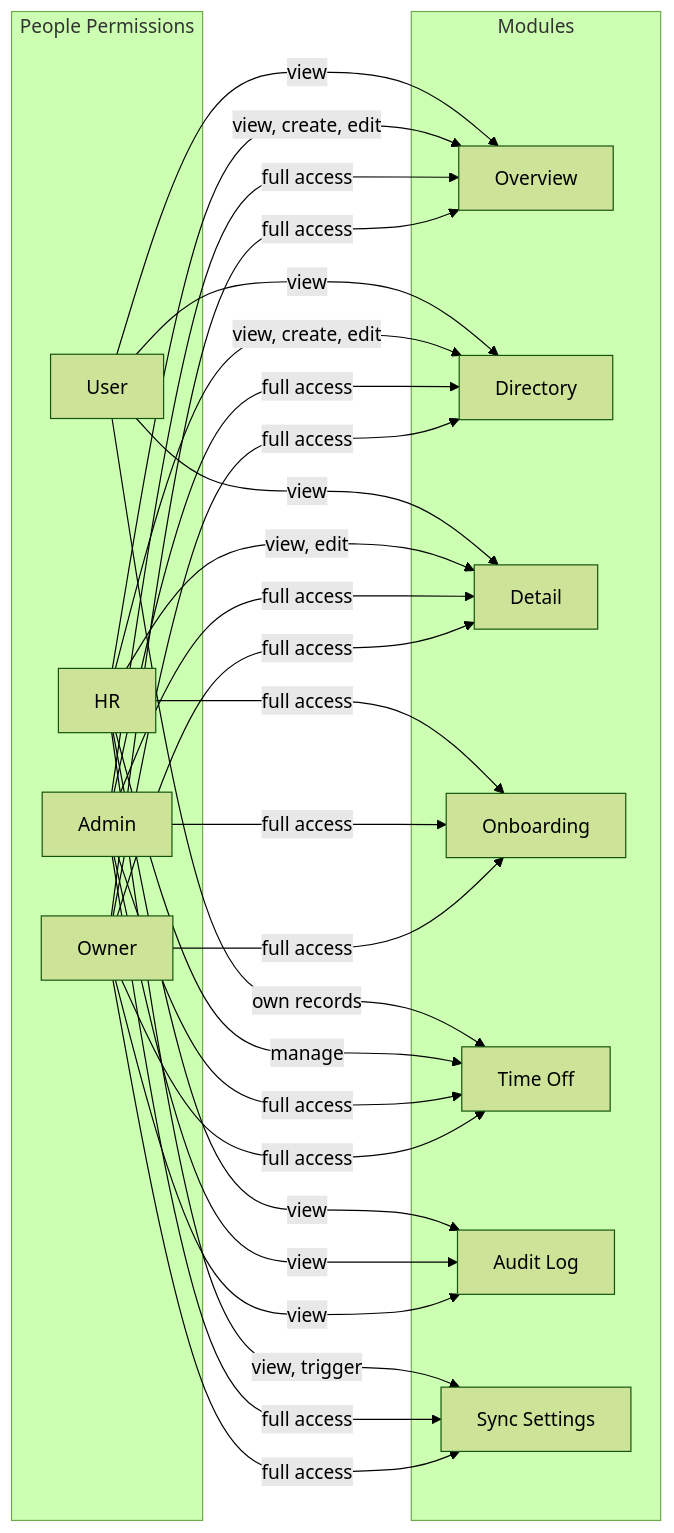
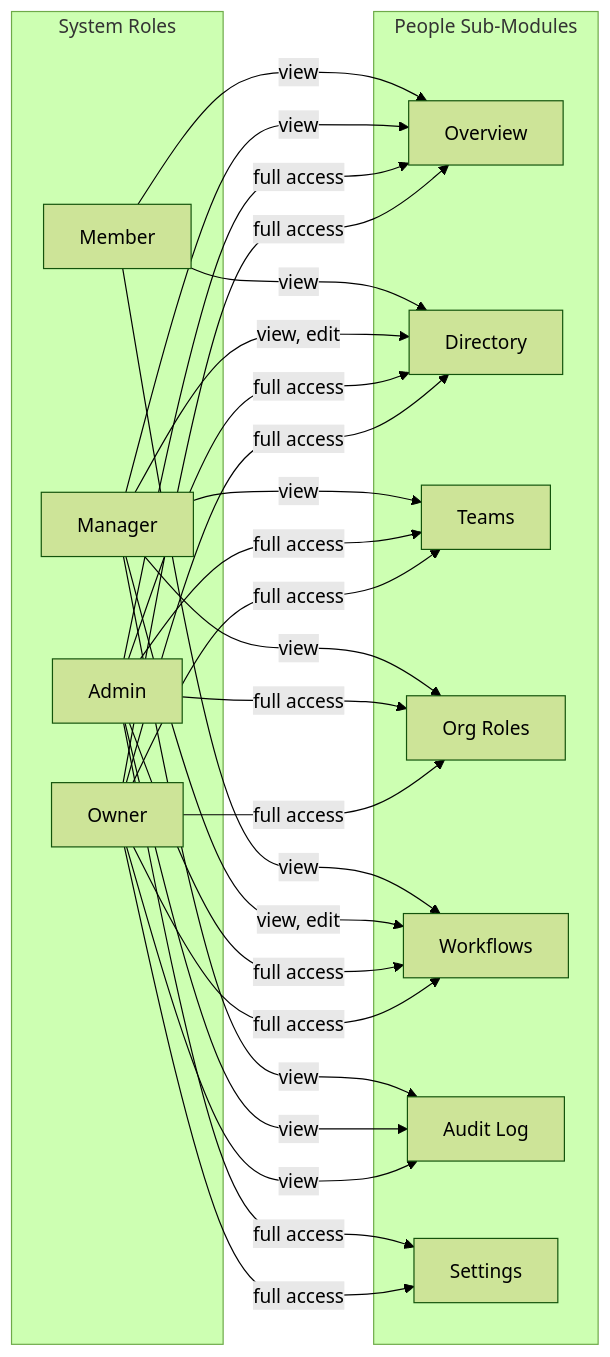
Before and after one commit to stellarsoft-tech/IdaraOS: the eighth of 18 diagrams in docs/modules/people/architecture.md, drawn with Mermaid (forest theme). The commit also changed other lines of this file and 72 other files, not shown here.

First line of the commit message:
feat(people): Add org roles, teams, levels entities with dropdown selection

````diff
--- a/docs/modules/people/architecture.md
+++ b/docs/modules/people/architecture.md
@@ -381,48 +426,46 @@
 ```mermaid
 graph LR
-    subgraph "People Permissions"
+    subgraph "System Roles"
         OWNER[Owner]
         ADMIN[Admin]
-        HR[HR]
-        USER[User]
+        MANAGER[Manager]
+        MEMBER[Member]
     end
     
-    subgraph "Modules"
+    subgraph "People Sub-Modules"
         OVR[Overview]
         DIR[Directory]
-        DET[Detail]
-        ONB[Onboarding]
-        TOF[Time Off]
+        TEAMS[Teams]
+        ROLES[Org Roles]
+        WF[Workflows]
         AUD[Audit Log]
-        SYNC[Sync Settings]
+        SYNC[Settings]
     end
     
     OWNER -->|full access| OVR
     OWNER -->|full access| DIR
-    OWNER -->|full access| DET
-    OWNER -->|full access| ONB
-    OWNER -->|full access| TOF
+    OWNER -->|full access| TEAMS
+    OWNER -->|full access| ROLES
+    OWNER -->|full access| WF
     OWNER -->|view| AUD
     OWNER -->|full access| SYNC
     
     ADMIN -->|full access| OVR
     ADMIN -->|full access| DIR
-    ADMIN -->|full access| DET
-    ADMIN -->|full access| ONB
-    ADMIN -->|full access| TOF
+    ADMIN -->|full access| TEAMS
+    ADMIN -->|full access| ROLES
+    ADMIN -->|full access| WF
     ADMIN -->|view| AUD
     ADMIN -->|full access| SYNC
     
-    HR -->|view, create, edit| OVR
-    HR -->|view, create, edit| DIR
-    HR -->|view, edit| DET
-    HR -->|full access| ONB
-    HR -->|manage| TOF
-    HR -->|view| AUD
-    HR -->|view, trigger| SYNC
+    MANAGER -->|view| OVR
+    MANAGER -->|view, edit| DIR
+    MANAGER -->|view| TEAMS
+    MANAGER -->|view| ROLES
+    MANAGER -->|view, edit| WF
+    MANAGER -->|view| AUD
     
-    USER -->|view| OVR
-    USER -->|view| DIR
-    USER -->|view| DET
-    USER -->|own records| TOF
+    MEMBER -->|view| OVR
+    MEMBER -->|view| DIR
+    MEMBER -->|view| WF
 ```
````
